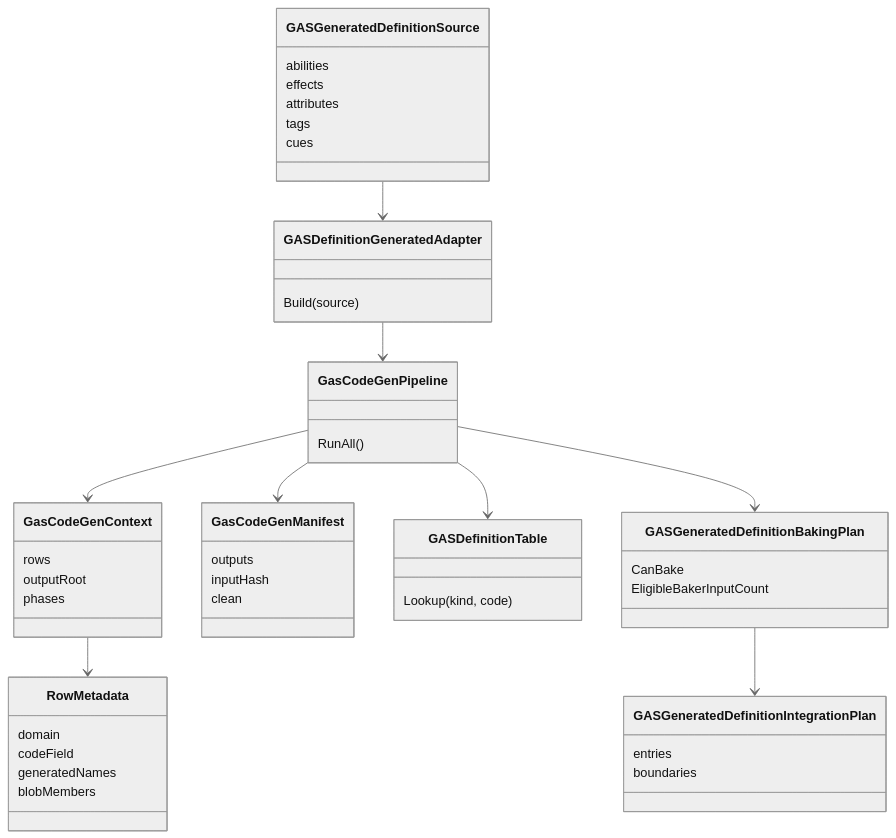
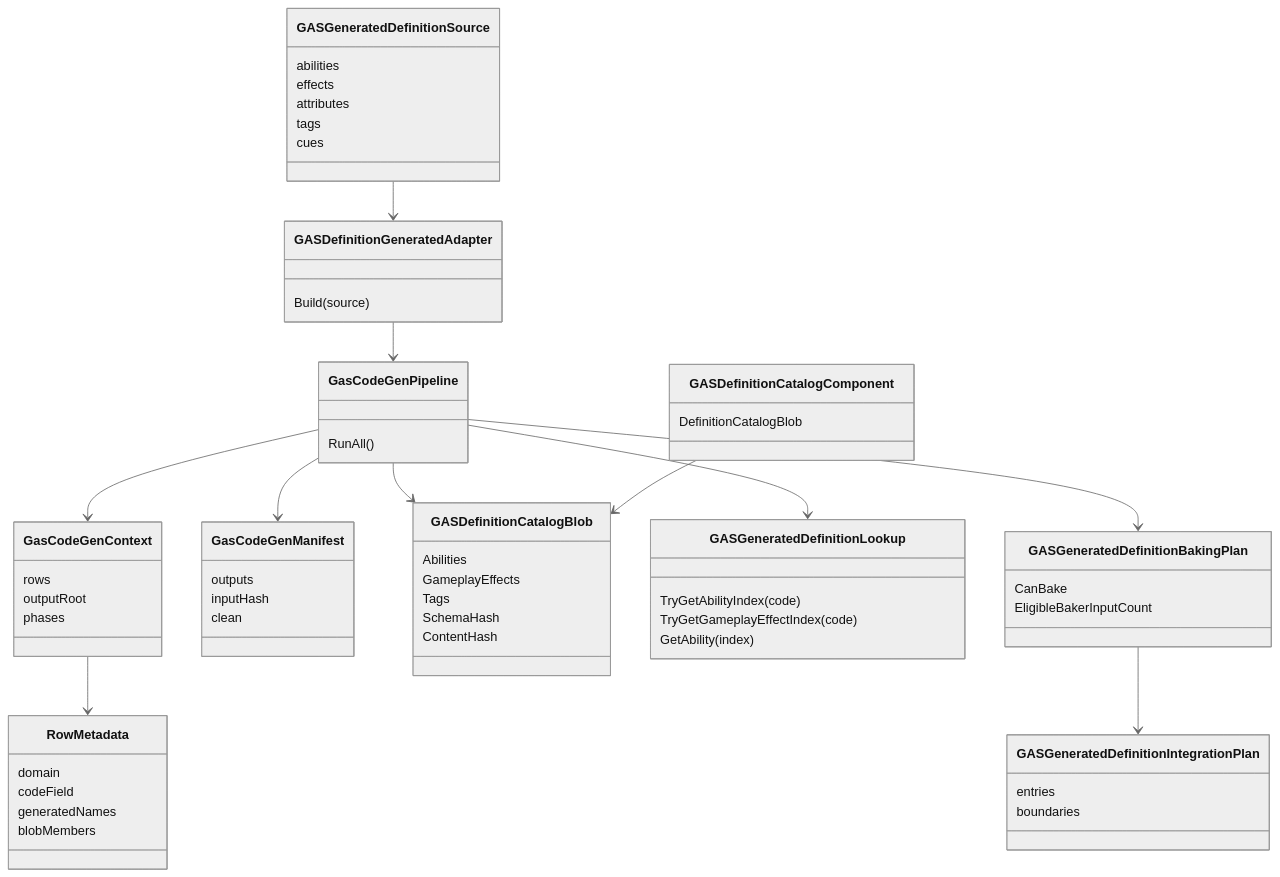
The second of 3 diagrams in 方案讨论/针对2.0的ECS架构的迭代方案讨论/01-目标态架构共识/08-Luban-SourceGenerator配置生成链路Spec.md (Bo-ki/gameplay-ability-system-for-unity), drawn with Mermaid (neutral theme) before and after one commit. The commit also changed other lines of this file and 455 other files, not shown here.

````diff
--- a/方案讨论/针对2.0的ECS架构的迭代方案讨论/01-目标态架构共识/08-Luban-SourceGenerator配置生成链路Spec.md
+++ b/方案讨论/针对2.0的ECS架构的迭代方案讨论/01-目标态架构共识/08-Luban-SourceGenerator配置生成链路Spec.md
@@ -26,52 +28,66 @@
 ```mermaid
 classDiagram
     class GASGeneratedDefinitionSource {
         abilities
         effects
         attributes
         tags
         cues
     }
     class GASDefinitionGeneratedAdapter {
         Build(source)
     }
     class GasCodeGenPipeline {
         RunAll()
     }
     class GasCodeGenContext {
         rows
         outputRoot
         phases
     }
     class RowMetadata {
         domain
         codeField
         generatedNames
         blobMembers
     }
     class GasCodeGenManifest {
         outputs
         inputHash
         clean
     }
-    class GASDefinitionTable {
-        Lookup(kind, code)
+    class GASDefinitionCatalogBlob {
+        Abilities
+        GameplayEffects
+        Tags
+        SchemaHash
+        ContentHash
+    }
+    class GASDefinitionCatalogComponent {
+        DefinitionCatalogBlob
+    }
+    class GASGeneratedDefinitionLookup {
+        TryGetAbilityIndex(code)
+        TryGetGameplayEffectIndex(code)
+        GetAbility(index)
     }
     class GASGeneratedDefinitionBakingPlan {
         CanBake
         EligibleBakerInputCount
     }
     class GASGeneratedDefinitionIntegrationPlan {
         entries
         boundaries
     }
 
     GASGeneratedDefinitionSource --> GASDefinitionGeneratedAdapter
     GASDefinitionGeneratedAdapter --> GasCodeGenPipeline
     GasCodeGenPipeline --> GasCodeGenContext
     GasCodeGenContext --> RowMetadata
     GasCodeGenPipeline --> GasCodeGenManifest
-    GasCodeGenPipeline --> GASDefinitionTable
+    GasCodeGenPipeline --> GASDefinitionCatalogBlob
+    GasCodeGenPipeline --> GASGeneratedDefinitionLookup
+    GASDefinitionCatalogComponent --> GASDefinitionCatalogBlob
     GasCodeGenPipeline --> GASGeneratedDefinitionBakingPlan
     GASGeneratedDefinitionBakingPlan --> GASGeneratedDefinitionIntegrationPlan
 ```
````
